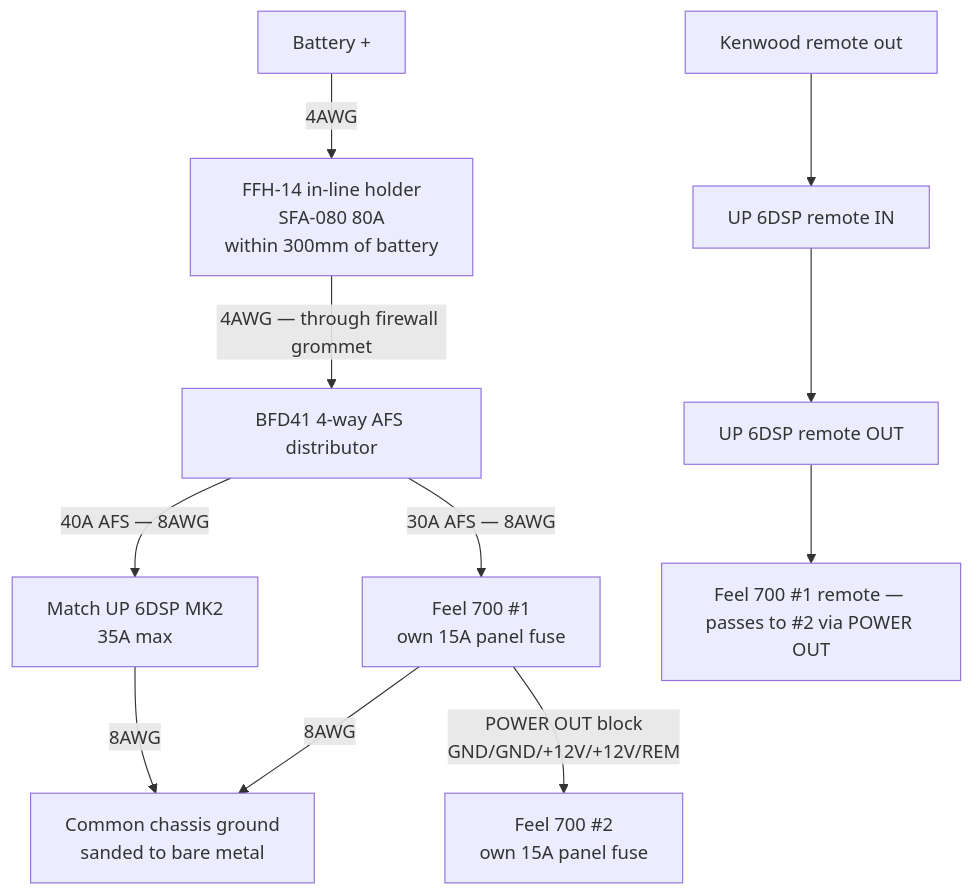
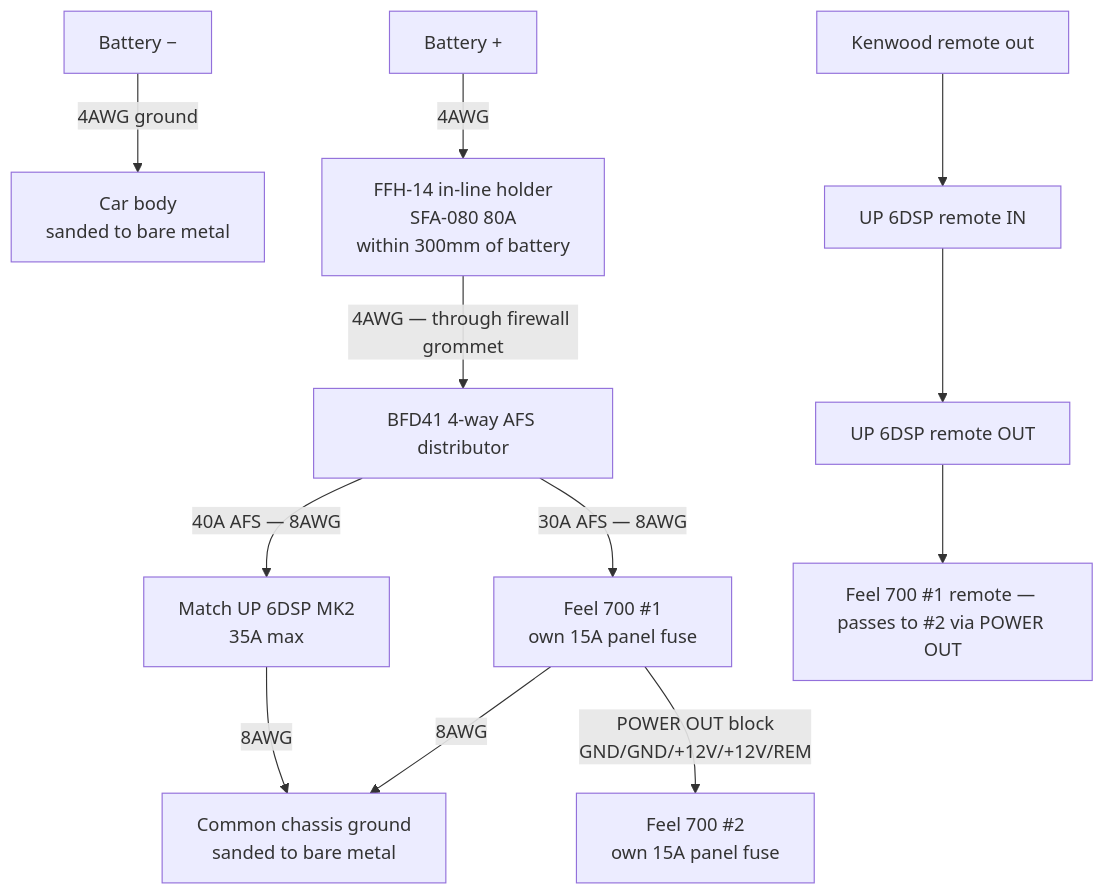
One commit to badsyntax/jimny-sound changed the fourth of 4 diagrams in AUDIO-UPGRADE.md. Above: the diagram before and after it, drawn with Mermaid. The commit also changed other lines of this file and 10 other files, not shown here.

````diff
--- a/AUDIO-UPGRADE.md
+++ b/AUDIO-UPGRADE.md
@@ -160,13 +220,14 @@
 ```mermaid
 flowchart TD
+    BATN["Battery −"] -->|"4AWG ground"| BODY["Car body<br/>sanded to bare metal"]
     BAT["Battery +"] -->|"4AWG"| FFH["FFH-14 in-line holder<br/>SFA-080 80A<br/>within 300mm of battery"]
     FFH -->|"4AWG — through firewall grommet"| BFD["BFD41 4-way AFS distributor"]
     BFD -->|"40A AFS — 8AWG"| AMP["Match UP 6DSP MK2<br/>35A max"]
     BFD -->|"30A AFS — 8AWG"| S1["Feel 700 #1<br/>own 15A panel fuse"]
     S1 -->|"POWER OUT block<br/>GND/GND/+12V/+12V/REM"| S2["Feel 700 #2<br/>own 15A panel fuse"]
     AMP -->|"8AWG"| GND["Common chassis ground<br/>sanded to bare metal"]
     S1 -->|"8AWG"| GND
     REM["Kenwood remote out"] --> AMPREM["UP 6DSP remote IN"]
     AMPREM --> AMPROUT["UP 6DSP remote OUT"]
     AMPROUT --> S1R["Feel 700 #1 remote — passes to #2 via POWER OUT"]
 ```
````
